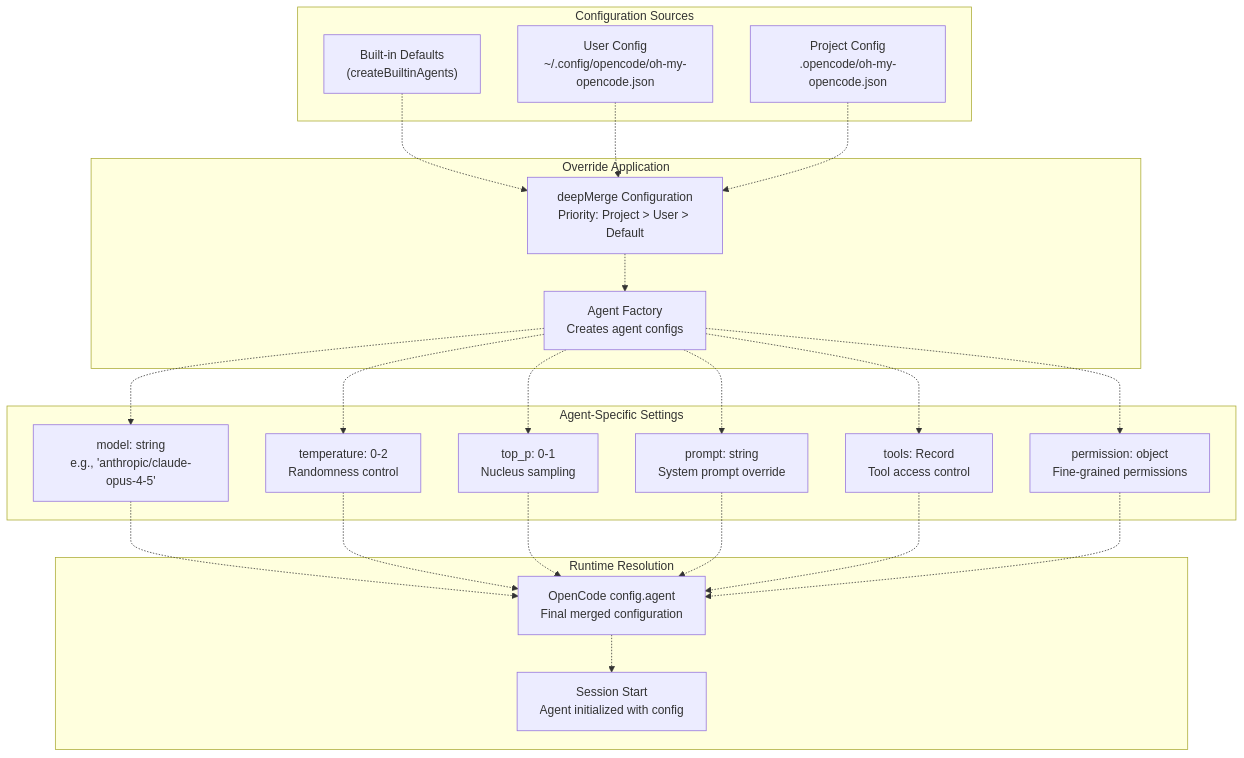
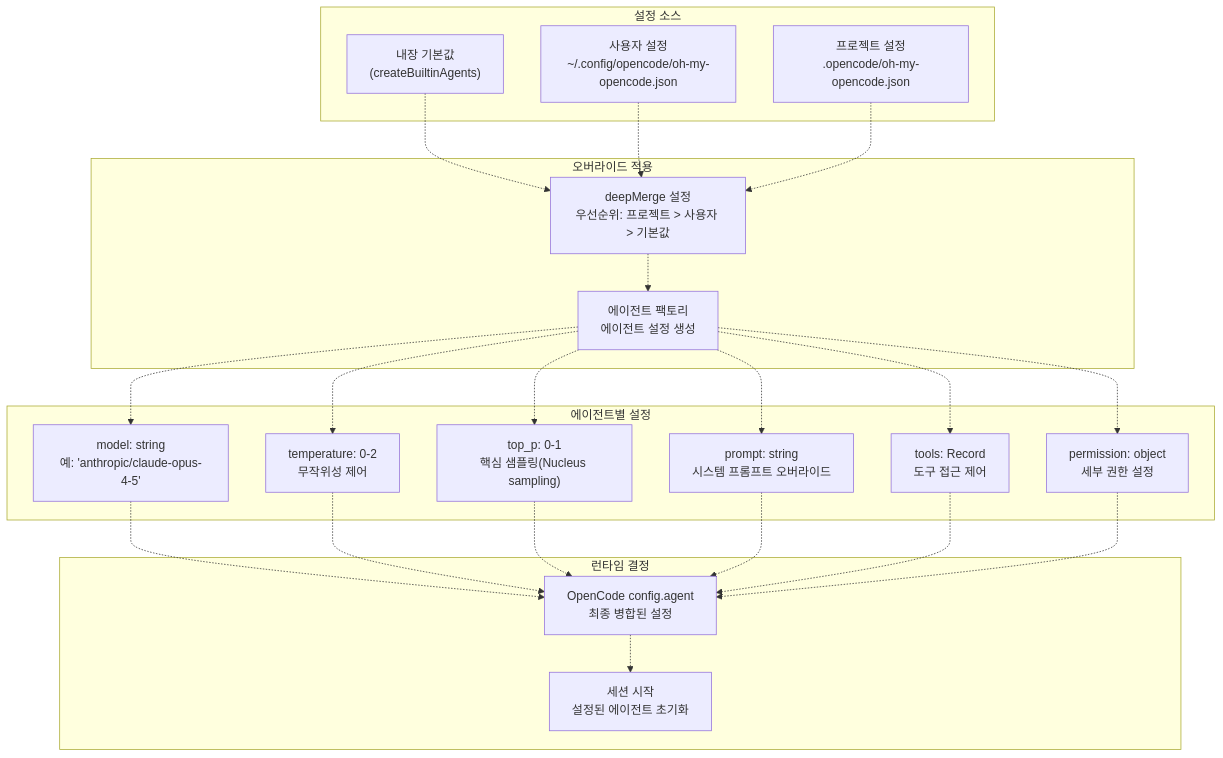
Before and after one commit to felipetruman/oh-my-opencode-docs: the fourth of 5 diagrams in docs/advanced/advanced-topics.md, drawn with Mermaid. The commit also changed other lines of this file and 76 other files, not shown here.

````diff
--- a/docs/advanced/advanced-topics.md
+++ b/docs/advanced/advanced-topics.md
@@ -327,60 +327,60 @@
 ```mermaid
 flowchart TD
 
-Default["Built-in Defaults<br>(createBuiltinAgents)"]
-UserConfig["User Config<br>~/.config/opencode/oh-my-opencode.json"]
-ProjectConfig["Project Config<br>.opencode/oh-my-opencode.json"]
-Merge["deepMerge Configuration<br>Priority: Project > User > Default"]
-AgentFactory["Agent Factory<br>Creates agent configs"]
-ModelID["model: string<br>e.g., 'anthropic/claude-opus-4-5'"]
-Temperature["temperature: 0-2<br>Randomness control"]
-TopP["top_p: 0-1<br>Nucleus sampling"]
-Prompt["prompt: string<br>System prompt override"]
-Tools["tools: Record<br>Tool access control"]
-Permission["permission: object<br>Fine-grained permissions"]
-OpenCodeConfig["OpenCode config.agent<br>Final merged configuration"]
-SessionStart["Session Start<br>Agent initialized with config"]
+Default["내장 기본값<br>(createBuiltinAgents)"]
+UserConfig["사용자 설정<br>~/.config/opencode/oh-my-opencode.json"]
+ProjectConfig["프로젝트 설정<br>.opencode/oh-my-opencode.json"]
+Merge["deepMerge 설정<br>우선순위: 프로젝트 > 사용자 > 기본값"]
+AgentFactory["에이전트 팩토리<br>에이전트 설정 생성"]
+ModelID["model: string<br>예: 'anthropic/claude-opus-4-5'"]
+Temperature["temperature: 0-2<br>무작위성 제어"]
+TopP["top_p: 0-1<br>핵심 샘플링(Nucleus sampling)"]
+Prompt["prompt: string<br>시스템 프롬프트 오버라이드"]
+Tools["tools: Record<br>도구 접근 제어"]
+Permission["permission: object<br>세부 권한 설정"]
+OpenCodeConfig["OpenCode config.agent<br>최종 병합된 설정"]
+SessionStart["세션 시작<br>설정된 에이전트 초기화"]
 
 Default -.-> Merge
 UserConfig -.-> Merge
 ProjectConfig -.-> Merge
 AgentFactory -.-> ModelID
 AgentFactory -.-> Temperature
 AgentFactory -.-> TopP
 AgentFactory -.-> Prompt
 AgentFactory -.-> Tools
 AgentFactory -.-> Permission
 ModelID -.-> OpenCodeConfig
 Temperature -.-> OpenCodeConfig
 TopP -.-> OpenCodeConfig
 Prompt -.-> OpenCodeConfig
 Tools -.-> OpenCodeConfig
 Permission -.-> OpenCodeConfig
 
-subgraph subGraph3 ["Runtime Resolution"]
+subgraph subGraph3 ["런타임 결정"]
     OpenCodeConfig
     SessionStart
     OpenCodeConfig -.-> SessionStart
 end
 
-subgraph subGraph2 ["Agent-Specific Settings"]
+subgraph subGraph2 ["에이전트별 설정"]
     ModelID
     Temperature
     TopP
     Prompt
     Tools
     Permission
 end
 
-subgraph subGraph1 ["Override Application"]
+subgraph subGraph1 ["오버라이드 적용"]
     Merge
     AgentFactory
     Merge -.-> AgentFactory
 end
 
-subgraph subGraph0 ["Configuration Sources"]
+subgraph subGraph0 ["설정 소스"]
     Default
     UserConfig
     ProjectConfig
 end
 ```
````
